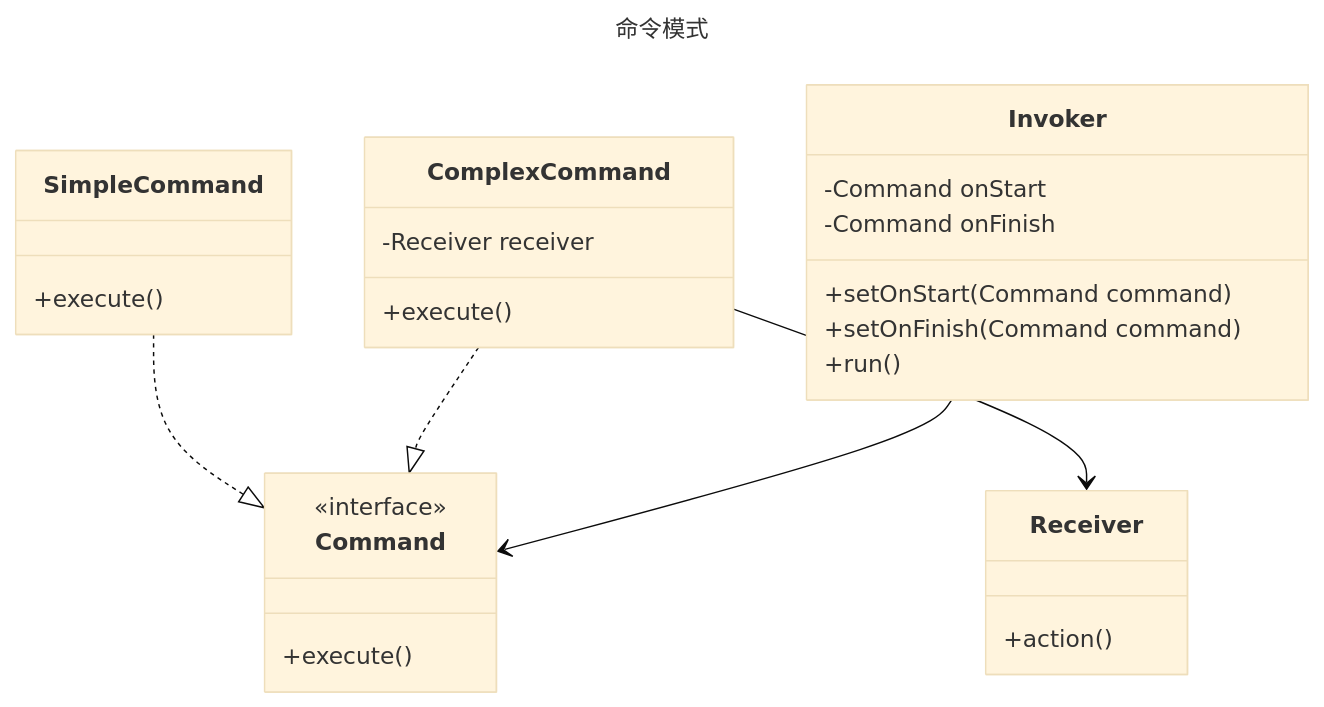
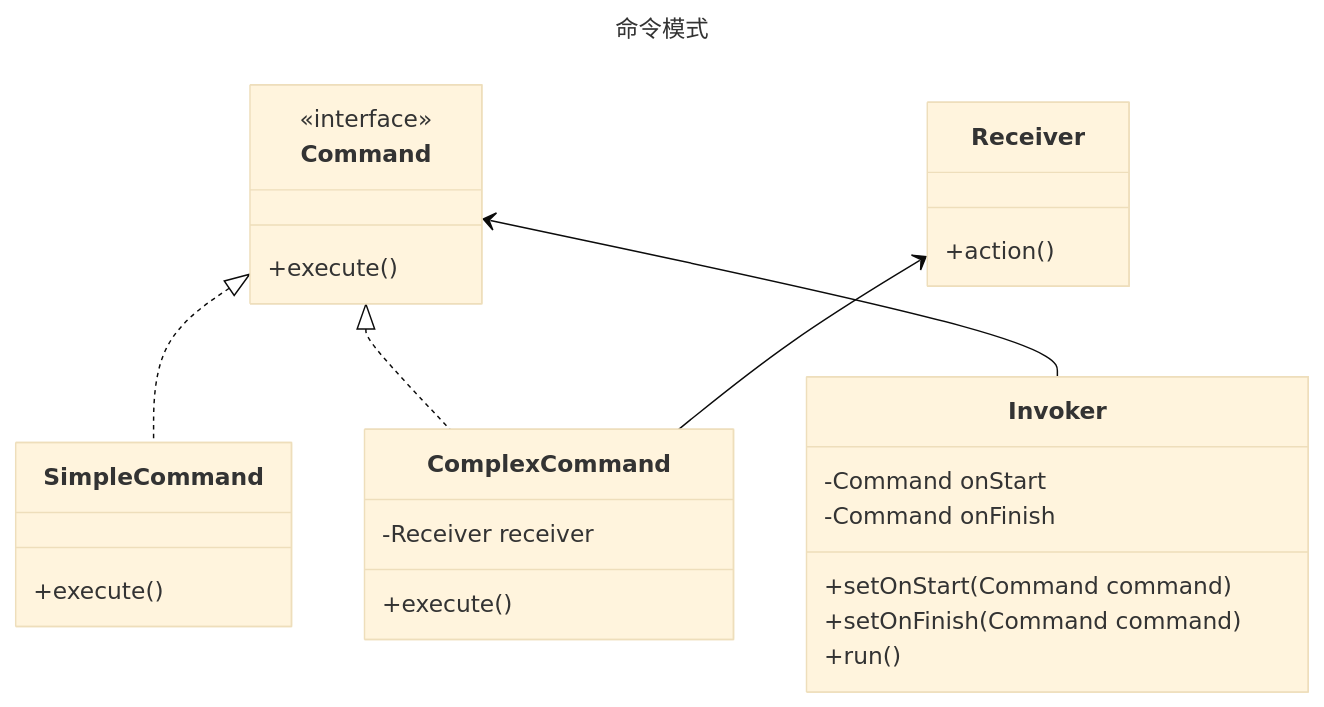
The diagram in command/README.md (fengyun89/typescript-design-patterns), drawn with Mermaid (base theme) before and after one commit. The commit also changed 22 other files, not shown here.

Commit message:
行为型模式类图

````diff
--- a/command/README.md
+++ b/command/README.md
@@ -1,31 +1,31 @@
 ```mermaid
 ---
 title: 命令模式
 ---
 classDiagram
     class Command{
         <<interface>>
         +execute()
     }
     class SimpleCommand {
         +execute()
     }
     class ComplexCommand {
         -Receiver receiver
         +execute()
     }
     class Receiver {
         +action()
     }
     class Invoker {
         -Command onStart
         -Command onFinish
         +setOnStart(Command command)
         +setOnFinish(Command command)
         +run()
     }
-    SimpleCommand ..|> Command
-    ComplexCommand ..|> Command
-    ComplexCommand --> Receiver
-    Invoker --> Command
+    Command <|.. SimpleCommand 
+    Command <|.. ComplexCommand 
+    Receiver <-- ComplexCommand 
+    Command <-- Invoker 
 ```
````
